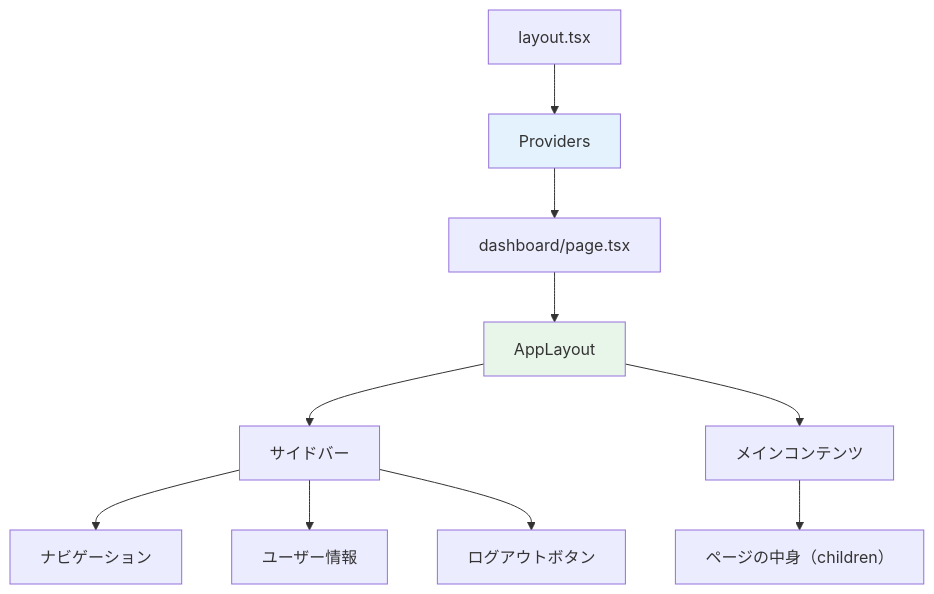
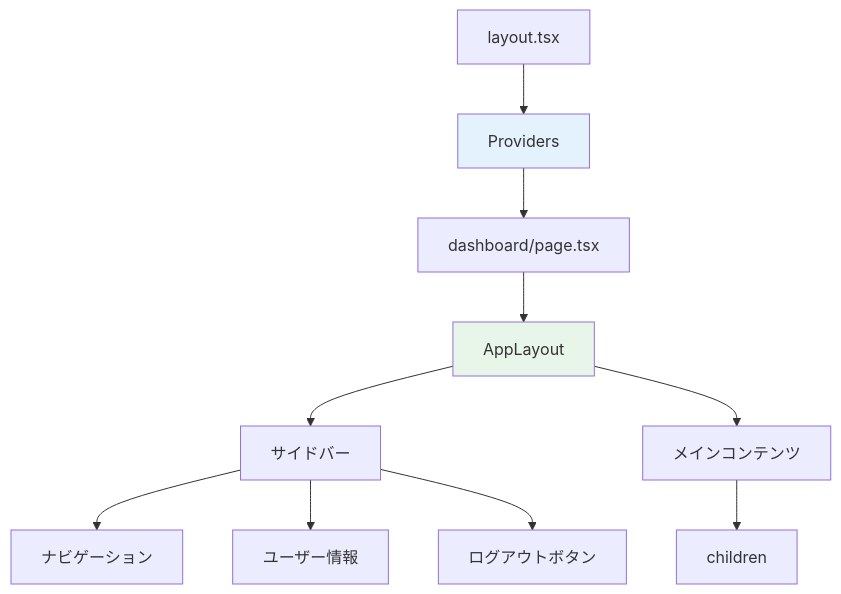
One commit to kouiso/task-app changed the first of 5 diagrams in material/30days-curriculum/day08_サイドバーを完成させよう.md. Above: the diagram before and after it, drawn with Mermaid. The commit also changed other lines of this file and 2 other files, not shown here.

````diff
--- a/material/30days-curriculum/day08_サイドバーを完成させよう.md
+++ b/material/30days-curriculum/day08_サイドバーを完成させよう.md
@@ -39,15 +39,15 @@
 ```mermaid
 flowchart TD
     A[layout.tsx] --> B[Providers]
     B --> C["dashboard/page.tsx"]
     C --> D[AppLayout]
     D --> E[サイドバー]
     D --> F[メインコンテンツ]
     E --> G[ナビゲーション]
     E --> H[ユーザー情報]
     E --> I[ログアウトボタン]
-    F --> J[ページの中身（children）]
+    F --> J[children]
 
     style B fill:#e3f2fd
     style D fill:#e8f5e9
 ```
````
